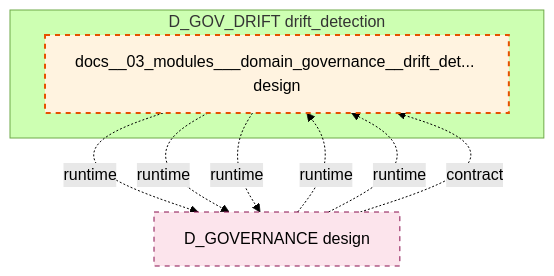
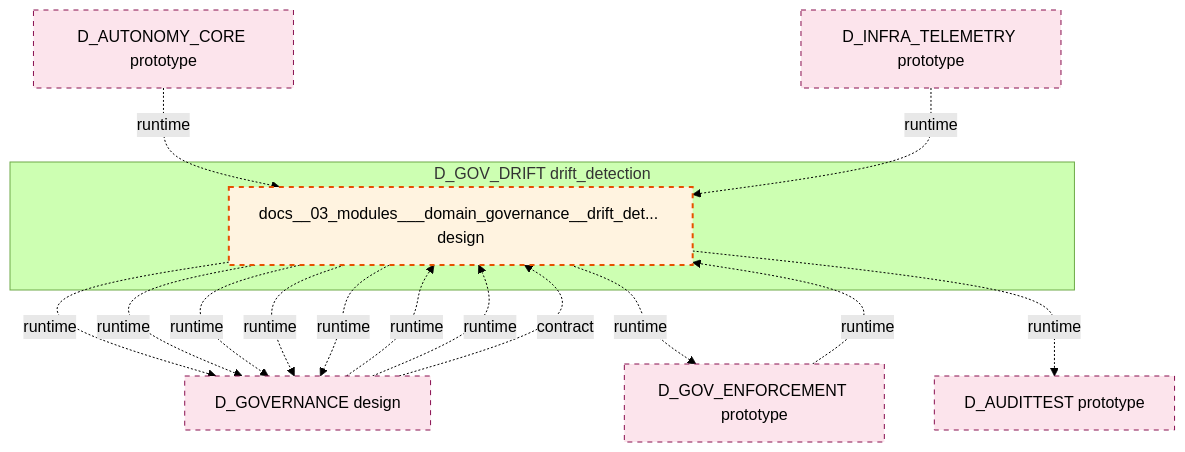
The diagram in docs/02_enterprise_architecture/02_domain_architecture_docs/34_d_gov_drift.md (xuanFelixVan/ZephyrAlpha), drawn with Mermaid (forest theme) before and after one commit. The commit also changed other lines of this file and 99 other files, not shown here.

````diff
--- a/docs/02_enterprise_architecture/02_domain_architecture_docs/34_d_gov_drift.md
+++ b/docs/02_enterprise_architecture/02_domain_architecture_docs/34_d_gov_drift.md
@@ -47,19 +47,30 @@
 ```mermaid
 graph TD
     subgraph D_GOV_DRIFT["D_GOV_DRIFT drift_detection"]
         docs_03_modules_domain_governance_drift_detector_blueprint_md["docs__03_modules___domain_governance__drift_det... design"]
     end
     D_GOVERNANCE["D_GOVERNANCE design"]
     docs_03_modules_domain_governance_drift_detector_blueprint_md -.->|runtime| D_GOVERNANCE
     docs_03_modules_domain_governance_drift_detector_blueprint_md -.->|runtime| D_GOVERNANCE
+    D_GOV_ENFORCEMENT["D_GOV_ENFORCEMENT prototype"]
+    docs_03_modules_domain_governance_drift_detector_blueprint_md -.->|runtime| D_GOV_ENFORCEMENT
+    D_AUDITTEST["D_AUDITTEST prototype"]
+    docs_03_modules_domain_governance_drift_detector_blueprint_md -.->|runtime| D_AUDITTEST
     docs_03_modules_domain_governance_drift_detector_blueprint_md -.->|runtime| D_GOVERNANCE
+    docs_03_modules_domain_governance_drift_detector_blueprint_md -.->|runtime| D_GOVERNANCE
+    docs_03_modules_domain_governance_drift_detector_blueprint_md -.->|runtime| D_GOVERNANCE
+    D_GOV_ENFORCEMENT -.->|runtime| docs_03_modules_domain_governance_drift_detector_blueprint_md
     D_GOVERNANCE -.->|runtime| docs_03_modules_domain_governance_drift_detector_blueprint_md
     D_GOVERNANCE -.->|runtime| docs_03_modules_domain_governance_drift_detector_blueprint_md
     D_GOVERNANCE -.->|contract| docs_03_modules_domain_governance_drift_detector_blueprint_md
+    D_AUTONOMY_CORE["D_AUTONOMY_CORE prototype"]
+    D_AUTONOMY_CORE -.->|runtime| docs_03_modules_domain_governance_drift_detector_blueprint_md
+    D_INFRA_TELEMETRY["D_INFRA_TELEMETRY prototype"]
+    D_INFRA_TELEMETRY -.->|runtime| docs_03_modules_domain_governance_drift_detector_blueprint_md
     classDef production fill:#e1f5fe,stroke:#01579b,stroke-width:2px,color:#000
     classDef design fill:#fff3e0,stroke:#e65100,stroke-width:2px,color:#000,stroke-dasharray: 5 5
     classDef external_prod fill:#e8f5e9,stroke:#1b5e20,stroke-width:1px,color:#000
     classDef external_design fill:#fce4ec,stroke:#880e4f,stroke-width:1px,color:#000,stroke-dasharray: 5 5
     class docs_03_modules_domain_governance_drift_detector_blueprint_md design
-    class D_GOVERNANCE external_design
+    class D_GOVERNANCE,D_GOV_ENFORCEMENT,D_AUDITTEST,D_AUTONOMY_CORE,D_INFRA_TELEMETRY external_design
 ```
````
